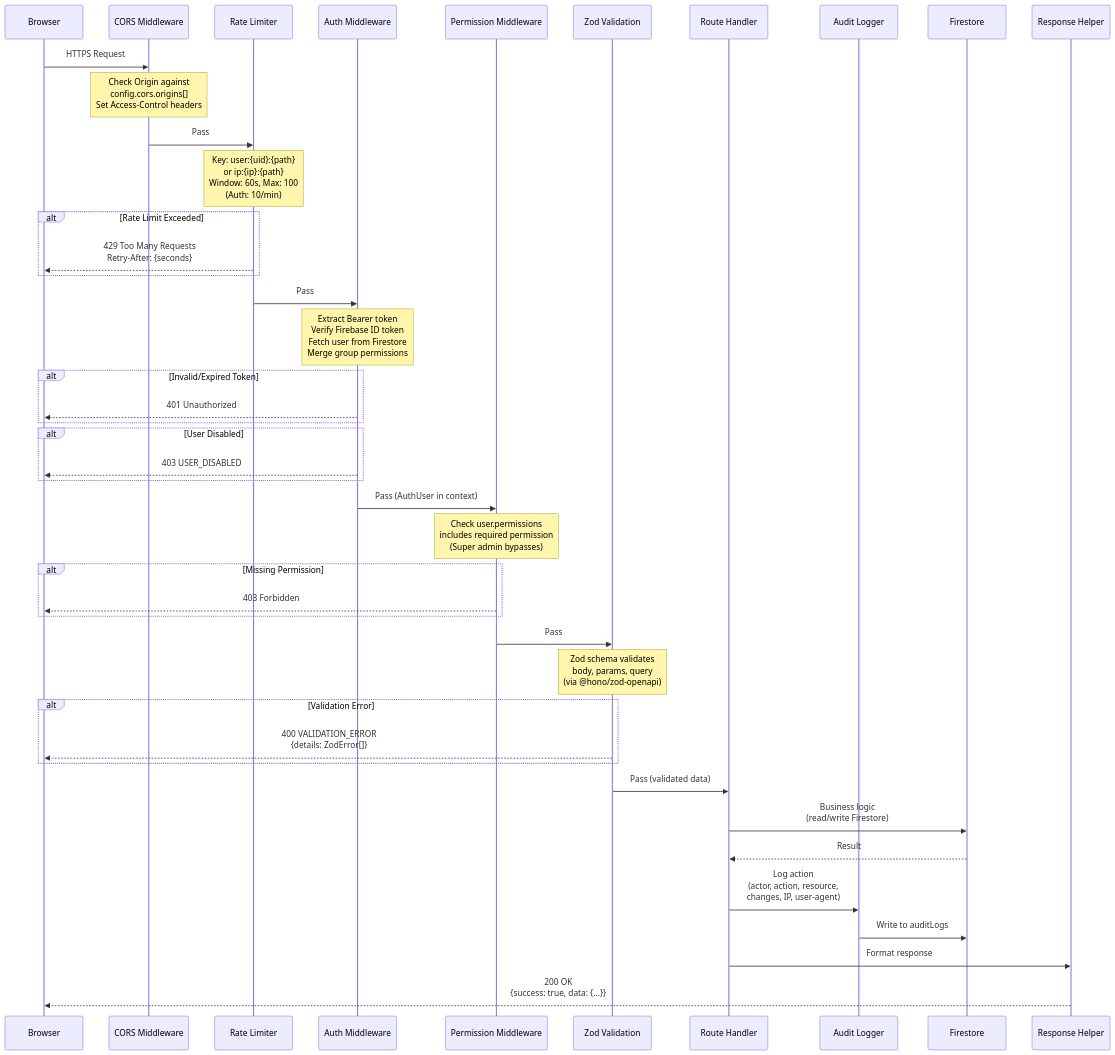
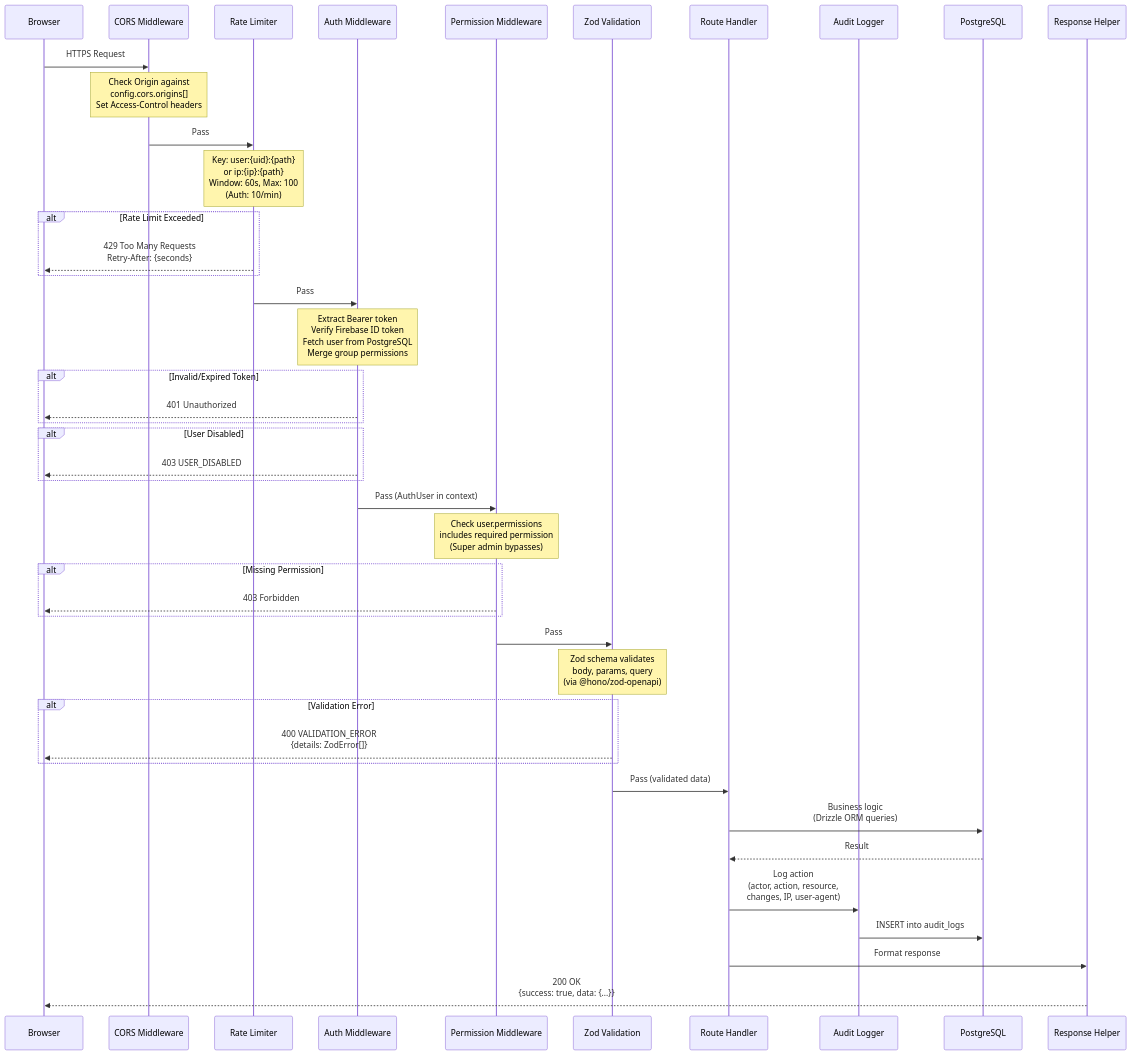
One commit to rsaiprasad/template changed the fourth of 5 diagrams in docs/ARCHITECTURE.md. Above: the diagram before and after it, drawn with Mermaid. The commit also changed other lines of this file and 55 other files, not shown here.

First line of the commit message:
feat: Migrate backend to standalone Bun server + PostgreSQL with Drizzle ORM

````diff
--- a/docs/ARCHITECTURE.md
+++ b/docs/ARCHITECTURE.md
@@ -427,58 +318,58 @@
 ```mermaid
 sequenceDiagram
     participant Client as Browser
     participant CORS as CORS Middleware
     participant RL as Rate Limiter
     participant Auth as Auth Middleware
     participant Perm as Permission Middleware
     participant Val as Zod Validation
     participant Handler as Route Handler
     participant Audit as Audit Logger
-    participant FS as Firestore
+    participant DB as PostgreSQL
     participant Resp as Response Helper
 
     Client->>CORS: HTTPS Request
 
     Note over CORS: Check Origin against<br/>config.cors.origins[]<br/>Set Access-Control headers
     CORS->>RL: Pass
 
     Note over RL: Key: user:{uid}:{path}<br/>or ip:{ip}:{path}<br/>Window: 60s, Max: 100<br/>(Auth: 10/min)
 
     alt Rate Limit Exceeded
         RL-->>Client: 429 Too Many Requests<br/>Retry-After: {seconds}
     end
     RL->>Auth: Pass
 
-    Note over Auth: Extract Bearer token<br/>Verify Firebase ID token<br/>Fetch user from Firestore<br/>Merge group permissions
+    Note over Auth: Extract Bearer token<br/>Verify Firebase ID token<br/>Fetch user from PostgreSQL<br/>Merge group permissions
 
     alt Invalid/Expired Token
         Auth-->>Client: 401 Unauthorized
     end
     alt User Disabled
         Auth-->>Client: 403 USER_DISABLED
     end
     Auth->>Perm: Pass (AuthUser in context)
 
     Note over Perm: Check user.permissions<br/>includes required permission<br/>(Super admin bypasses)
 
     alt Missing Permission
         Perm-->>Client: 403 Forbidden
     end
     Perm->>Val: Pass
 
     Note over Val: Zod schema validates<br/>body, params, query<br/>(via @hono/zod-openapi)
 
     alt Validation Error
         Val-->>Client: 400 VALIDATION_ERROR<br/>{details: ZodError[]}
     end
     Val->>Handler: Pass (validated data)
 
-    Handler->>FS: Business logic<br/>(read/write Firestore)
-    FS-->>Handler: Result
+    Handler->>DB: Business logic<br/>(Drizzle ORM queries)
+    DB-->>Handler: Result
 
     Handler->>Audit: Log action<br/>(actor, action, resource,<br/>changes, IP, user-agent)
-    Audit->>FS: Write to auditLogs
+    Audit->>DB: INSERT into audit_logs
 
     Handler->>Resp: Format response
     Resp-->>Client: 200 OK<br/>{success: true, data: {...}}
 ```
````
